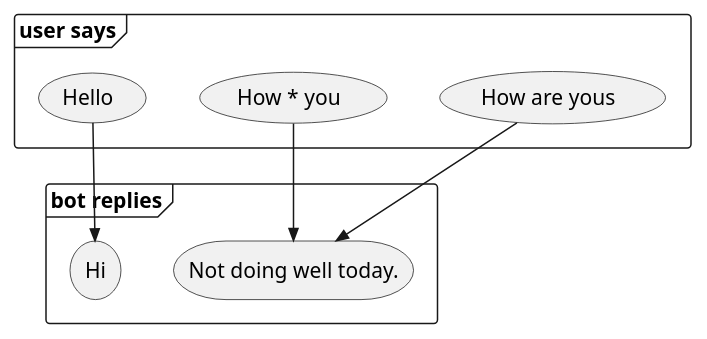
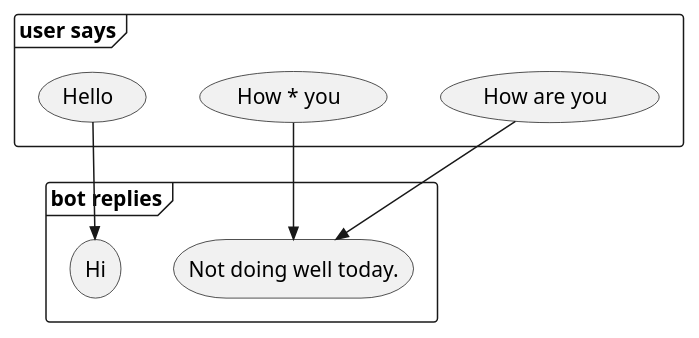
Before and after one commit to jappeace/methods-homework: diagram 22 of 26 in thesis/thesis.org, drawn with PlantUML. The commit also changed other lines of this file, not shown here.

Commit message:
Use the png exports which works

```diff
--- a/thesis/thesis.org
+++ b/thesis/thesis.org
@@ -4079,19 +4070,16 @@
-#+BEGIN_SRC plantuml :cache yes :file img/uml/yesp:aimlcats.svg :exports results
-  skinParam backgroundColor transparent
-  skinparam defaultFontName Arial Unicode MS
+#+BEGIN_SRC plantuml :cache yes :file img/uml/dep:aimlcats.png :exports results
+frame "user says"{
+  usecase "How are you" as how
+  usecase "How * you" as howstar
+  usecase Hello
+}
 
-  frame "user says"{
-    usecase "How are yous" as how
-    usecase "How * you" as howstar
-    usecase Hello
-  }
+frame "bot replies"{
+  storage "Not doing well today." as notwell
+  storage Hi
+}
 
-  frame "bot replies"{
-    storage "Not doing well today." as notwell
-    storage Hi
-  }
-
-  how -->> notwell
-  howstar -->> notwell
-  Hello -->> Hi
+how -->> notwell
+howstar -->> notwell
+Hello -->> Hi
 #+END_SRC
```
